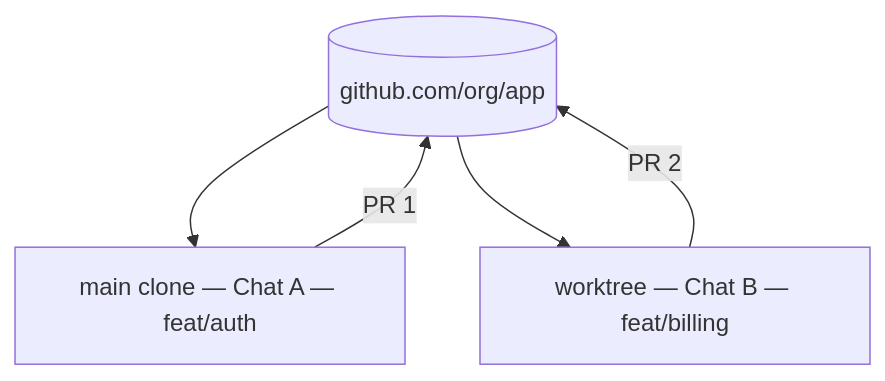
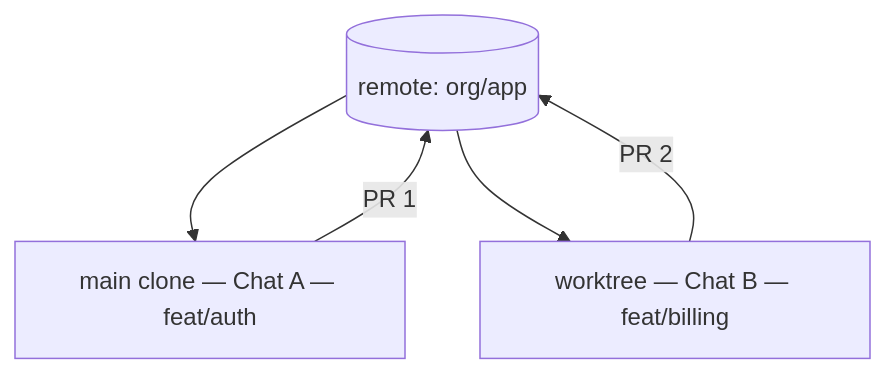
One commit to tiagoyamashita/content changed the fourth of 6 diagrams in src/content/en/ai101/ai-engineering/agents-and-agentic-workflows/v-my-setup.md. Above: the diagram before and after it, drawn with Mermaid. The commit also changed other lines of this file, not shown here.

First line of the commit message:
Fix Mermaid parallel block in My setup coordination diagram.

````diff
--- a/src/content/en/ai101/ai-engineering/agents-and-agentic-workflows/v-my-setup.md
+++ b/src/content/en/ai101/ai-engineering/agents-and-agentic-workflows/v-my-setup.md
@@ -114,12 +114,12 @@
 ```mermaid
 flowchart TB
-  Remote[(github.com/org/app)]
-  Main[main clone — Chat A — feat/auth]
-  WT[worktree — Chat B — feat/billing]
+  Remote[(remote: org/app)]
+  Main["main clone — Chat A — feat/auth"]
+  WT["worktree — Chat B — feat/billing"]
 
   Remote --> Main
   Remote --> WT
 
-  Main -->|PR 1| Remote
-  WT -->|PR 2| Remote
+  Main -->|"PR 1"| Remote
+  WT -->|"PR 2"| Remote
 ```
````
